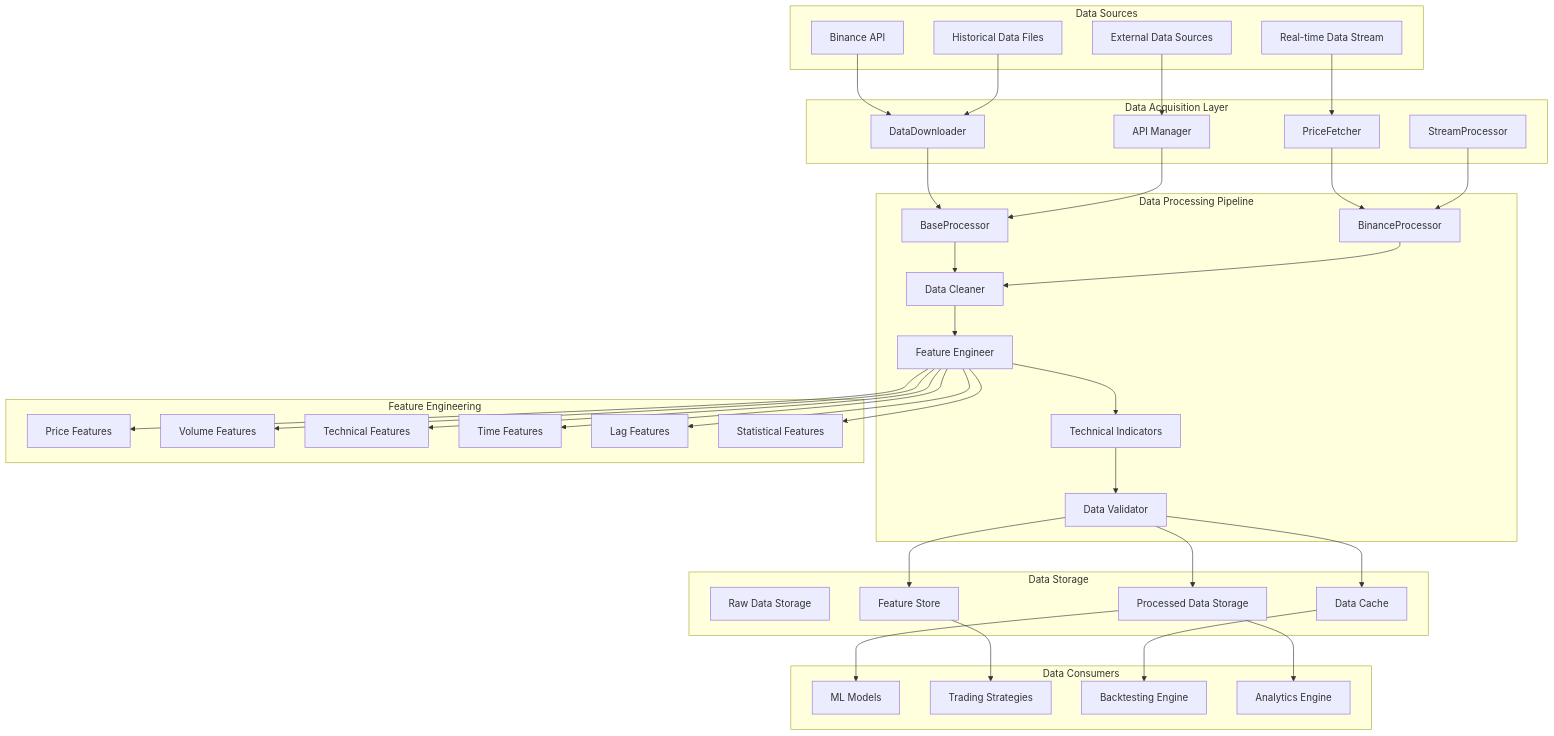
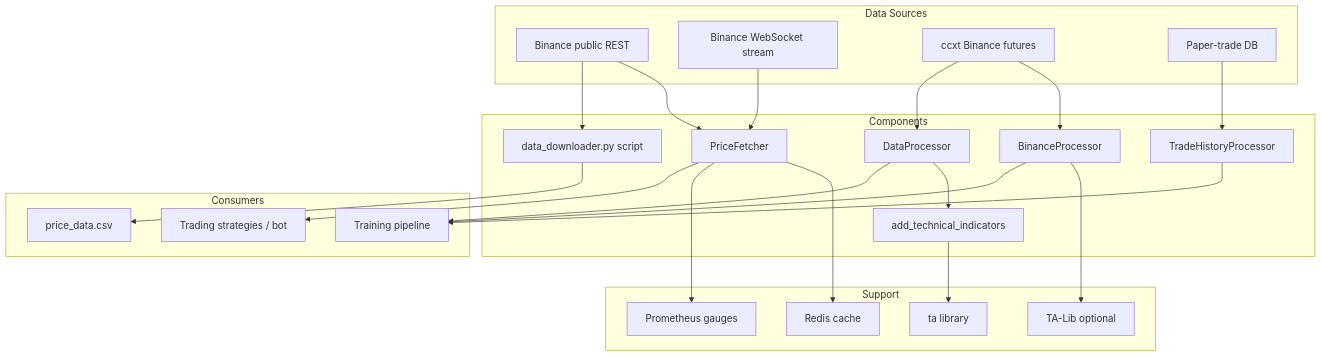
Before and after one commit to cluster2600/ELVIS: the first of 5 diagrams in docs/data_processing.md, drawn with Mermaid. The commit also changed other lines of this file and 60 other files, not shown here.

````diff
--- a/docs/data_processing.md
+++ b/docs/data_processing.md
@@ -14,80 +33,52 @@
 ```mermaid
 graph TB
     subgraph "Data Sources"
-        BinanceAPI[Binance API]
-        HistoricalData[Historical Data Files]
-        RealTimeStream[Real-time Data Stream]
-        ExternalData[External Data Sources]
+        BinancePublic[Binance public REST]
+        BinanceWS[Binance WebSocket stream]
+        CCXT[ccxt Binance futures]
+        PaperDB[Paper-trade DB]
     end
-    
-    subgraph "Data Acquisition Layer"
-        DataDownloader[DataDownloader]
+
+    subgraph "Components"
         PriceFetcher[PriceFetcher]
-        StreamProcessor[StreamProcessor]
-        APIManager[API Manager]
+        BinanceProc[BinanceProcessor]
+        DataProc[DataProcessor]
+        AddInd[add_technical_indicators]
+        TradeHist[TradeHistoryProcessor]
+        Downloader[data_downloader.py script]
     end
-    
-    subgraph "Data Processing Pipeline"
-        BaseProcessor[BaseProcessor]
-        BinanceProcessor[BinanceProcessor]
-        DataCleaner[Data Cleaner]
-        FeatureEngineer[Feature Engineer]
-        TechnicalIndicators[Technical Indicators]
-        DataValidator[Data Validator]
+
+    subgraph "Support"
+        Redis[Redis cache]
+        Prom[Prometheus gauges]
+        TalibOpt[TA-Lib optional]
+        TaLib[ta library]
     end
-    
-    subgraph "Feature Engineering"
-        PriceFeatures[Price Features]
-        VolumeFeatures[Volume Features]
-        TechnicalFeatures[Technical Features]
-        TimeFeatures[Time Features]
-        LagFeatures[Lag Features]
-        StatisticalFeatures[Statistical Features]
+
+    subgraph "Consumers"
+        Training[Training pipeline]
+        Strategies[Trading strategies / bot]
+        CSV[price_data.csv]
     end
-    
-    subgraph "Data Storage"
-        RawData[Raw Data Storage]
-        ProcessedData[Processed Data Storage]
-        FeatureStore[Feature Store]
-        Cache[Data Cache]
-    end
-    
-    subgraph "Data Consumers"
-        MLModels[ML Models]
-        TradingStrategies[Trading Strategies]
-        BacktestingEngine[Backtesting Engine]
-        Analytics[Analytics Engine]
-    end
-    
-    BinanceAPI --> DataDownloader
-    HistoricalData --> DataDownloader
-    RealTimeStream --> PriceFetcher
-    ExternalData --> APIManager
-    
-    DataDownloader --> BaseProcessor
-    PriceFetcher --> BinanceProcessor
-    StreamProcessor --> BinanceProcessor
-    APIManager --> BaseProcessor
-    
-    BaseProcessor --> DataCleaner
-    BinanceProcessor --> DataCleaner
-    DataCleaner --> FeatureEngineer
-    FeatureEngineer --> TechnicalIndicators
-    TechnicalIndicators --> DataValidator
-    
-    FeatureEngineer --> PriceFeatures
-    FeatureEngineer --> VolumeFeatures
-    FeatureEngineer --> TechnicalFeatures
-    FeatureEngineer --> TimeFeatures
-    FeatureEngineer --> LagFeatures
-    FeatureEngineer --> StatisticalFeatures
-    
-    DataValidator --> ProcessedData
-    DataValidator --> FeatureStore
-    DataValidator --> Cache
-    
-    ProcessedData --> MLModels
-    FeatureStore --> TradingStrategies
-    Cache --> BacktestingEngine
-    ProcessedData --> Analytics
+
+    BinanceWS --> PriceFetcher
+    BinancePublic --> PriceFetcher
+    PriceFetcher --> Redis
+    PriceFetcher --> Prom
+    PriceFetcher --> Strategies
+
+    CCXT --> BinanceProc
+    BinanceProc --> TalibOpt
+    BinanceProc --> Training
+
+    CCXT --> DataProc
+    DataProc --> AddInd
+    AddInd --> TaLib
+    DataProc --> Training
+
+    PaperDB --> TradeHist
+    TradeHist --> Training
+
+    BinancePublic --> Downloader
+    Downloader --> CSV
 ```
````
